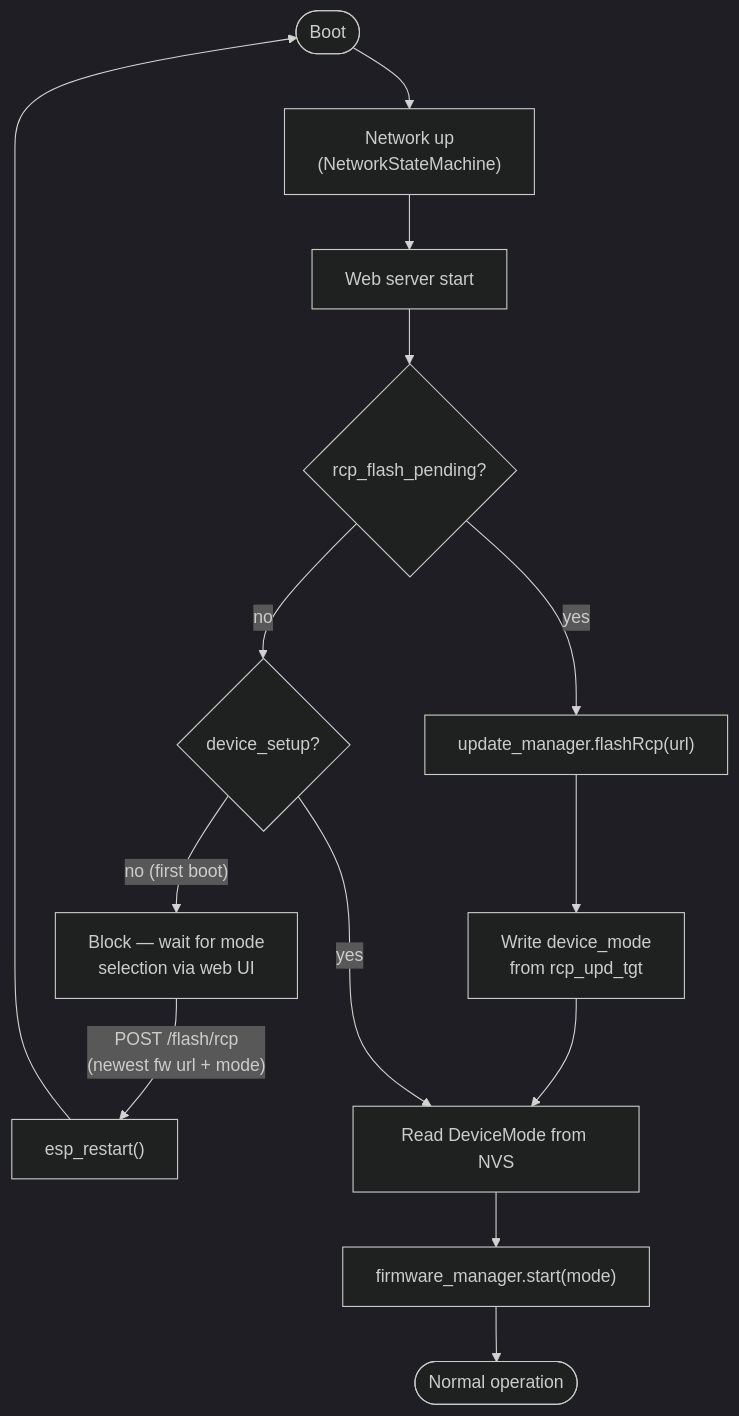
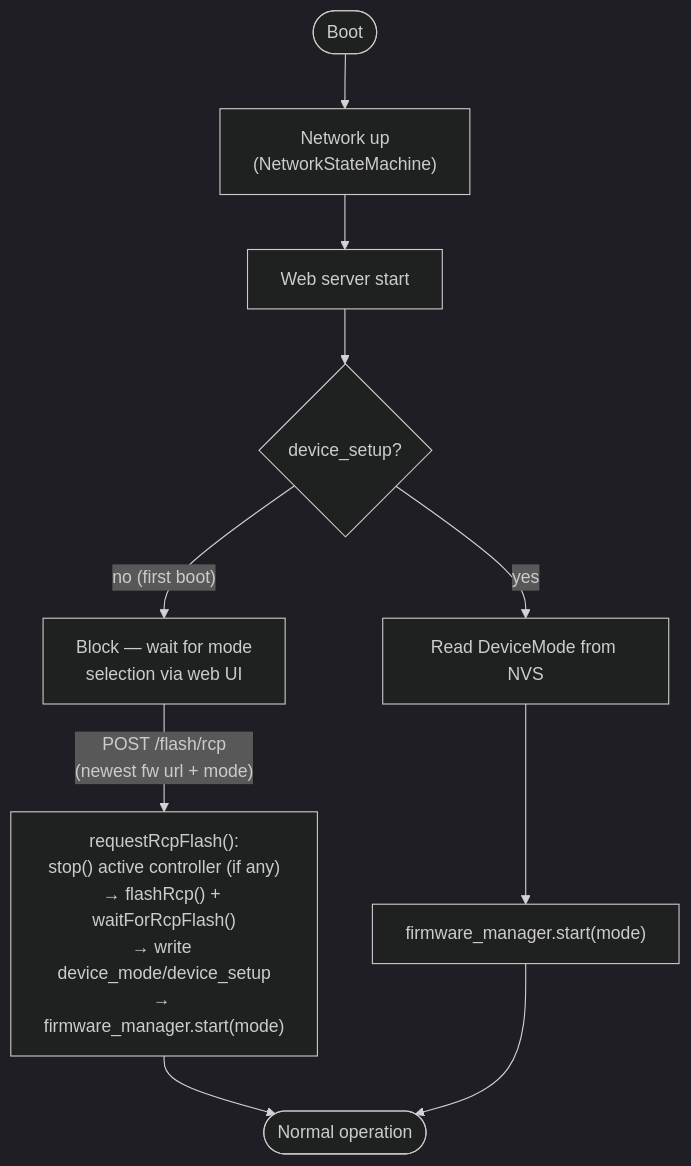
Before and after one commit to codm/czc-unified: the second of 2 diagrams in README.md, drawn with Mermaid (dark theme). The commit also changed other lines of this file and 12 other files, not shown here.

````diff
--- a/README.md
+++ b/README.md
@@ -533,20 +534,16 @@
 ```mermaid
 flowchart TD
     boot(["Boot"])
     net["Network up\n(NetworkStateMachine)"]
     web["Web server start"]
-    q1{"rcp_flash_pending?"}
-    flash["update_manager.flashRcp(url)"]
     q2{"device_setup?"}
     wait["Block — wait for mode\nselection via web UI"]
-    rb["esp_restart()"]
+    flash["requestRcpFlash():\nstop() active controller (if any)\n→ flashRcp() + waitForRcpFlash()\n→ write device_mode/device_setup\n→ firmware_manager.start(mode)"]
     q3["Read DeviceMode from NVS"]
     start["firmware_manager.start(mode)"]
     run(["Normal operation"])
 
-    boot --> net --> web --> q1
-    q1 -->|yes| flash --> setmode["Write device_mode\nfrom rcp_upd_tgt"] --> q3
-    q1 -->|no| q2
-    q2 -->|"no (first boot)"| wait -->|"POST /flash/rcp\n(newest fw url + mode)"| rb --> boot
+    boot --> net --> web --> q2
+    q2 -->|"no (first boot)"| wait -->|"POST /flash/rcp\n(newest fw url + mode)"| flash --> run
     q2 -->|yes| q3 --> start --> run
 ```
````
